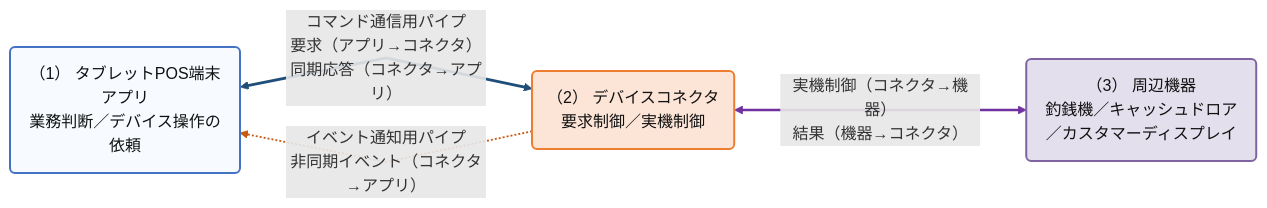
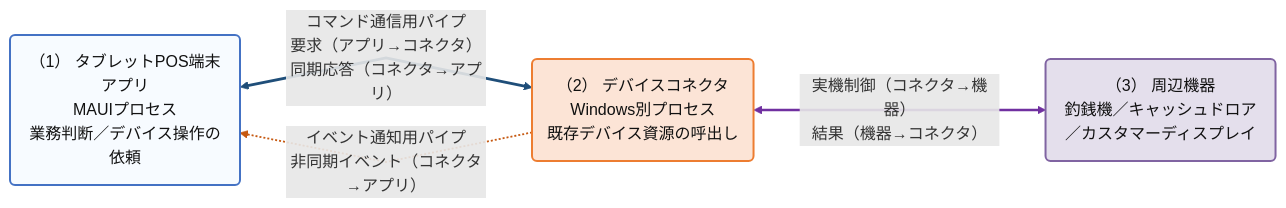
One commit to vti-sam/smj-ks-pos-stored changed the first of 3 diagrams in artifacts/reports/architecture/ARCH-HOST-01_タブレットPOS_デバイスコネクタ基本設計書/ARCH-HOST-01_タブレットPOS_デバイスコネクタ基本設計書.md. Above: the diagram before and after it, drawn with Mermaid. The commit also changed other lines of this file and 20 other files, not shown here.

````diff
--- a/artifacts/reports/architecture/ARCH-HOST-01_タブレットPOS_デバイスコネクタ基本設計書/ARCH-HOST-01_タブレットPOS_デバイスコネクタ基本設計書.md
+++ b/artifacts/reports/architecture/ARCH-HOST-01_タブレットPOS_デバイスコネクタ基本設計書/ARCH-HOST-01_タブレットPOS_デバイスコネクタ基本設計書.md
@@ -208,20 +220,20 @@
 ```mermaid
 %%{init: {"flowchart": {"defaultRenderer": "dagre", "curve": "linear", "nodeSpacing": 54, "rankSpacing": 92}}}%%
 flowchart LR
-    APP("（1） タブレットPOS端末アプリ<br/>業務判断／デバイス操作の依頼")
-    HOST("（2） デバイスコネクタ<br/>要求制御／実機制御")
+    APP("（1） タブレットPOS端末アプリ<br/>MAUIプロセス<br/>業務判断／デバイス操作の依頼")
+    HOST("（2） デバイスコネクタ<br/>Windows別プロセス<br/>既存デバイス資源の呼出し")
     DEVICE("（3） 周辺機器<br/>釣銭機／キャッシュドロア／カスタマーディスプレイ")
 
     APP <-->|コマンド通信用パイプ<br/>要求（アプリ→コネクタ）<br/>同期応答（コネクタ→アプリ）| HOST
     HOST -.->|イベント通知用パイプ<br/>非同期イベント（コネクタ→アプリ）| APP
     HOST <-->|実機制御（コネクタ→機器）<br/>結果（機器→コネクタ）| DEVICE
 
     classDef area fill:#F8FBFD,stroke:#0D32B2,stroke-width:2px,color:#111111
     class APP,HOST,DEVICE area
     style APP fill:#F7FBFF,stroke:#4472C4
     style HOST fill:#FCE4D6,stroke:#ED7D31
     style DEVICE fill:#E4DFEC,stroke:#8064A2
     linkStyle 0 stroke:#1F4E79,stroke-width:2.8px
     linkStyle 1 stroke:#C65911,stroke-width:1.8px
     linkStyle 2 stroke:#7030A0,stroke-width:2.4px
 ```
````
